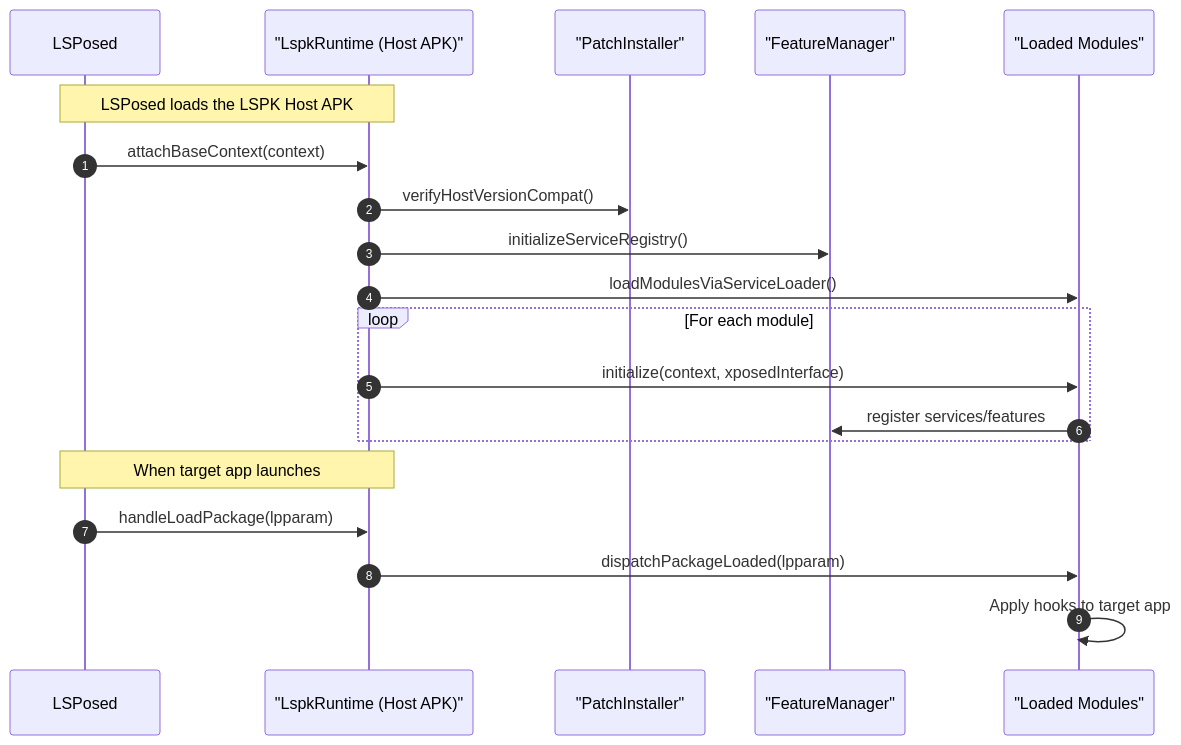
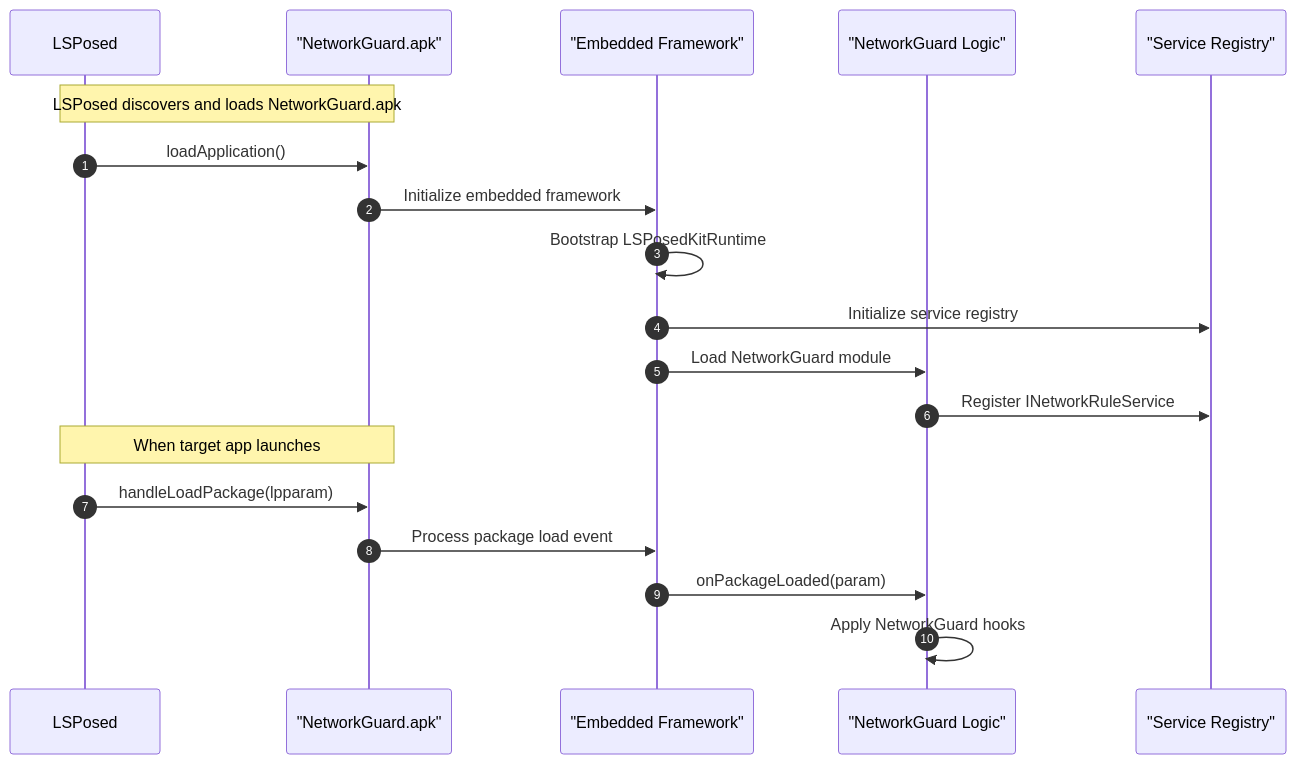
The first of 3 diagrams in Docs/07-framework-internals.md (wyatt727/LSPosedKit), drawn with Mermaid before and after one commit. The commit also changed other lines of this file and 15043 other files, not shown here.

Commit message:
Fully buildable new modules! Use this syntax: ./gradlew :scripts:newModule -PmoduleName="MyModule" -Pid="my-module" -Pdescription="My awesome module"

````diff
--- a/Docs/07-framework-internals.md
+++ b/Docs/07-framework-internals.md
@@ -22,25 +40,23 @@
 ```mermaid
 sequenceDiagram
     autonumber
     participant LSPosed
-    participant Host as "LspkRuntime (Host APK)"
-    participant PI as "PatchInstaller"
-    participant FM as "FeatureManager"
-    participant Modules as "Loaded Modules"
+    participant ModuleAPK as "NetworkGuard.apk"
+    participant Framework as "Embedded Framework"
+    participant ModuleCode as "NetworkGuard Logic"
+    participant ServiceBus as "Service Registry"
 
-    Note over LSPosed, Host: LSPosed loads the LSPK Host APK
-    LSPosed->>Host: attachBaseContext(context)
-    Host->>PI: verifyHostVersionCompat()
-    Host->>FM: initializeServiceRegistry()
-    Host->>Modules: loadModulesViaServiceLoader()
+    Note over LSPosed, ModuleAPK: LSPosed discovers and loads NetworkGuard.apk
+    LSPosed->>ModuleAPK: loadApplication()
+    ModuleAPK->>Framework: Initialize embedded framework
+    Framework->>Framework: Bootstrap LSPosedKitRuntime
+    Framework->>ServiceBus: Initialize service registry
+    Framework->>ModuleCode: Load NetworkGuard module
+    ModuleCode->>ServiceBus: Register INetworkRuleService
     
-    loop For each module
-        Host->>Modules: initialize(context, xposedInterface)
-        Modules->>FM: register services/features
-    end
-
-    Note over LSPosed, Host: When target app launches
-    LSPosed->>Host: handleLoadPackage(lpparam)
-    Host->>Modules: dispatchPackageLoaded(lpparam)
-    Modules->>Modules: Apply hooks to target app
+    Note over LSPosed, ModuleAPK: When target app launches
+    LSPosed->>ModuleAPK: handleLoadPackage(lpparam)
+    ModuleAPK->>Framework: Process package load event
+    Framework->>ModuleCode: onPackageLoaded(param)
+    ModuleCode->>ModuleCode: Apply NetworkGuard hooks
 ```
````
